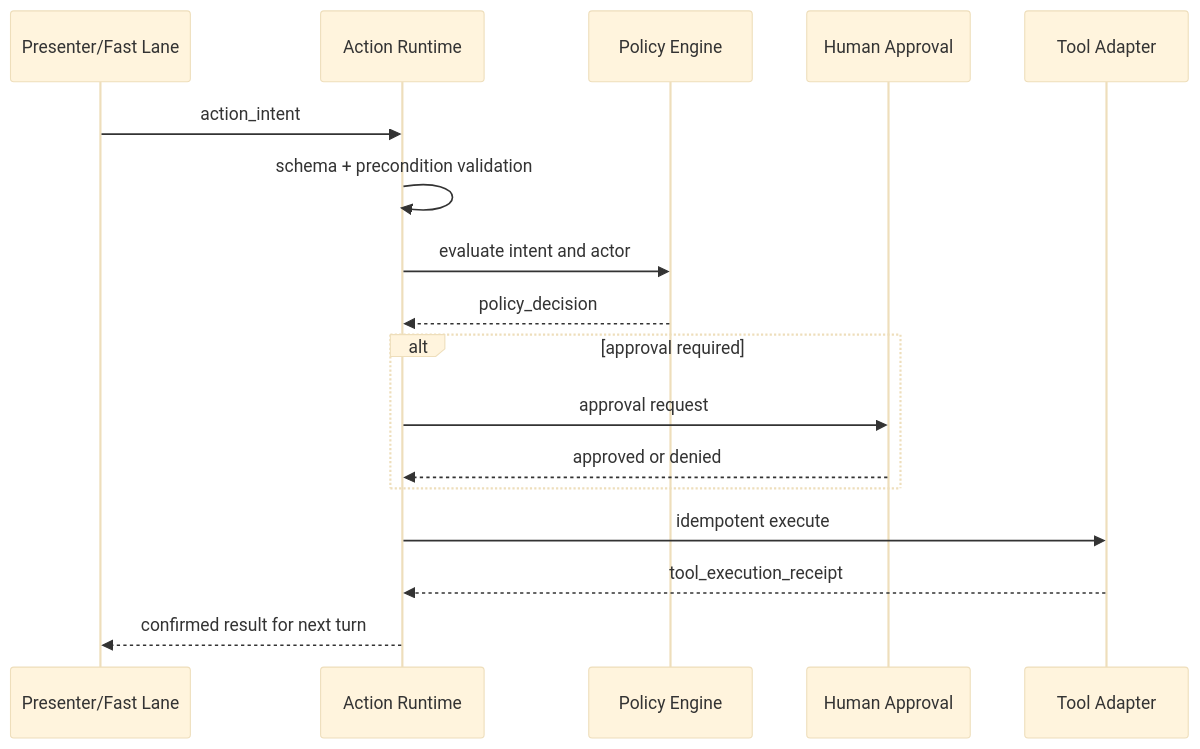
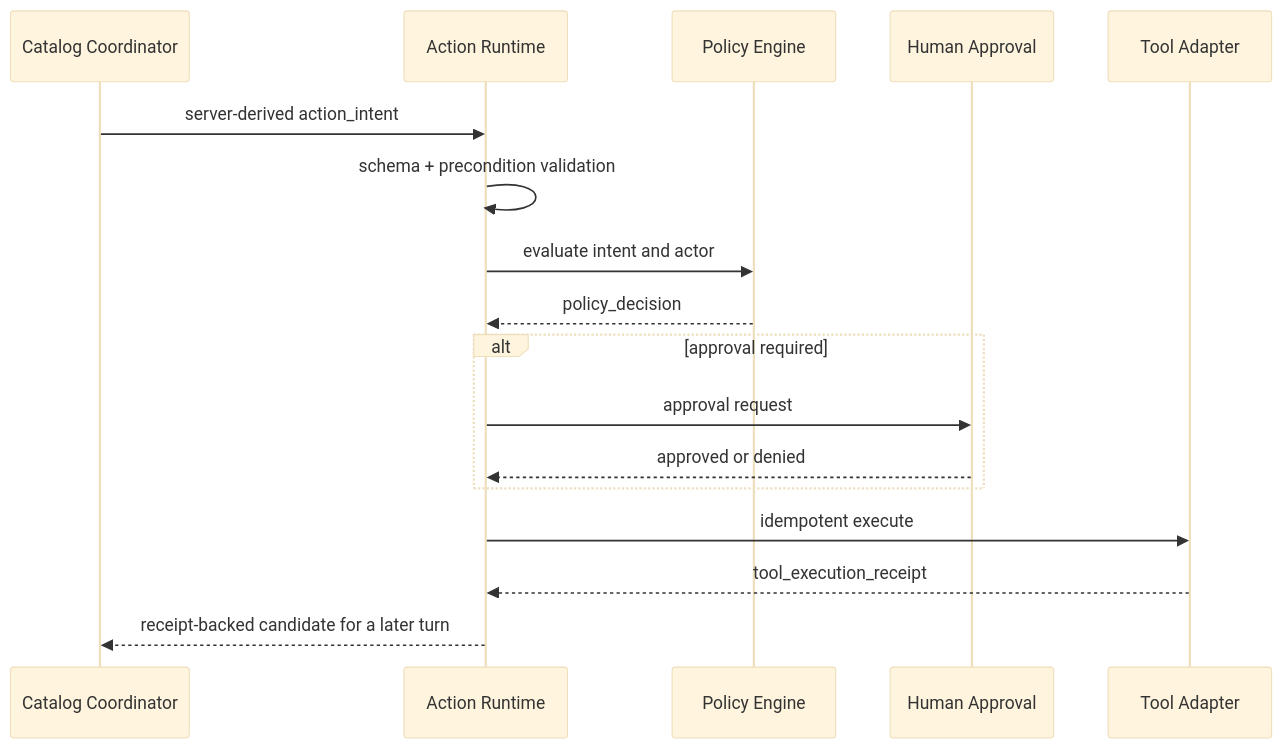
Before and after one commit to fernandosilvaia/axtro-digital-human-os-v2: the diagram in docs/architecture/ACTION_AND_TOOL_RUNTIME.md, drawn with Mermaid (base theme). The commit also changed other lines of this file and 19 other files, not shown here.

Commit message:
feat(actions): complete receipt-backed catalog flow

````diff
--- a/docs/architecture/ACTION_AND_TOOL_RUNTIME.md
+++ b/docs/architecture/ACTION_AND_TOOL_RUNTIME.md
@@ -9,19 +9,19 @@
 ```mermaid
 sequenceDiagram
-  participant L as Presenter/Fast Lane
+  participant C as Catalog Coordinator
   participant A as Action Runtime
   participant P as Policy Engine
   participant H as Human Approval
   participant T as Tool Adapter
-  L->>A: action_intent
+  C->>A: server-derived action_intent
   A->>A: schema + precondition validation
   A->>P: evaluate intent and actor
   P-->>A: policy_decision
   alt approval required
     A->>H: approval request
     H-->>A: approved or denied
   end
   A->>T: idempotent execute
   T-->>A: tool_execution_receipt
-  A-->>L: confirmed result for next turn
+  A-->>C: receipt-backed candidate for a later turn
 ```
````
